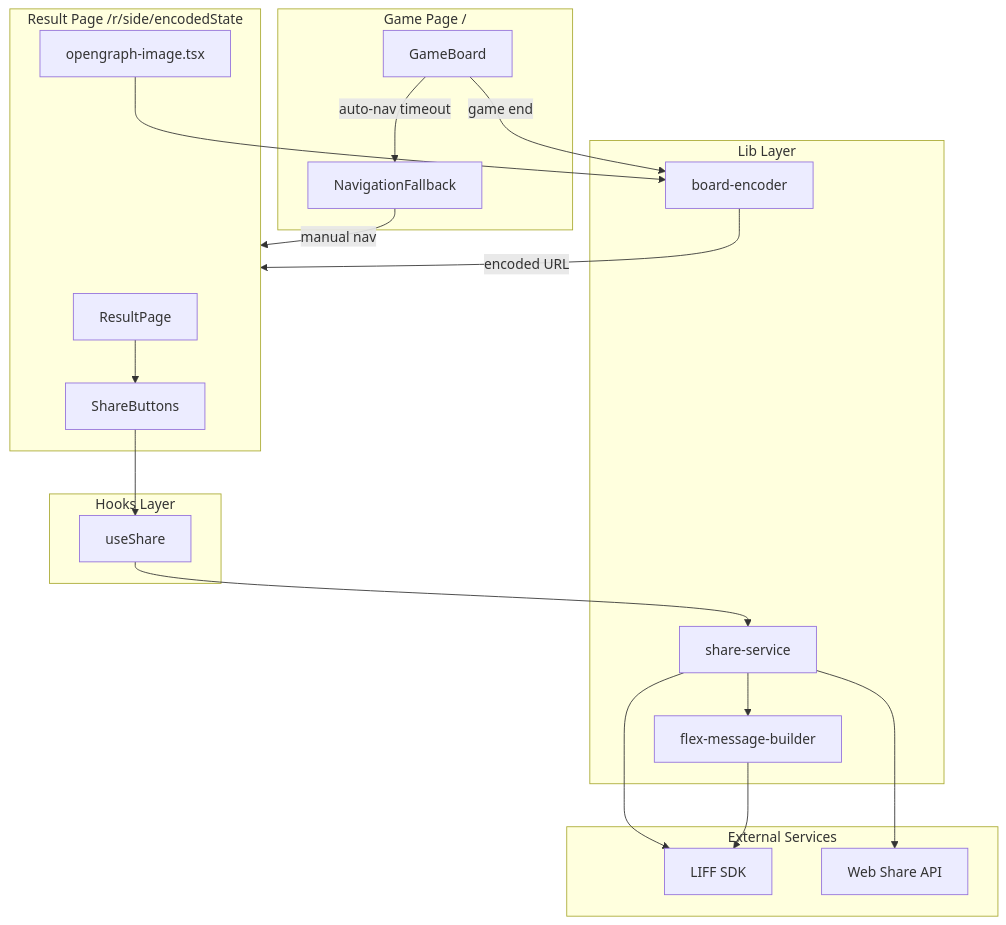
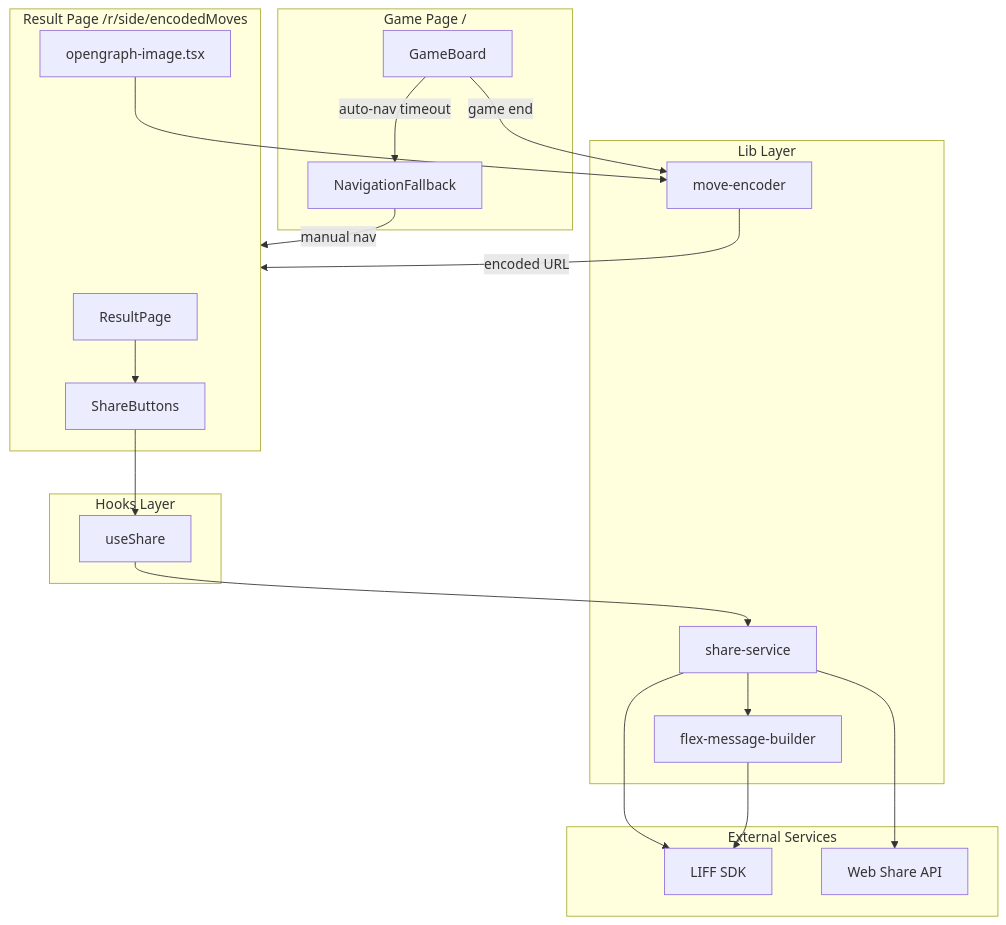
The first of 6 diagrams in .specify/specs/game-result-share-v2/design.md (noriaki/line-miniapp-reversi), drawn with Mermaid before and after one commit. The commit also changed other lines of this file and 3 other files, not shown here.

````diff
--- a/.specify/specs/game-result-share-v2/design.md
+++ b/.specify/specs/game-result-share-v2/design.md
@@ -51,41 +46,41 @@
 ```mermaid
 graph TB
     subgraph GamePage["Game Page /"]
         GB[GameBoard]
         NF[NavigationFallback]
     end
 
-    subgraph ResultPage["Result Page /r/side/encodedState"]
+    subgraph ResultPage["Result Page /r/side/encodedMoves"]
         RP[ResultPage]
         SB[ShareButtons]
         OG[opengraph-image.tsx]
     end
 
     subgraph Lib["Lib Layer"]
-        BE[board-encoder]
+        ME[move-encoder]
         SS[share-service]
         FM[flex-message-builder]
     end
 
     subgraph Hooks["Hooks Layer"]
         US[useShare]
     end
 
     subgraph External["External Services"]
         LIFF[LIFF SDK]
         WSA[Web Share API]
     end
 
-    GB -->|game end| BE
+    GB -->|game end| ME
     GB -->|auto-nav timeout| NF
     NF -->|manual nav| ResultPage
-    BE -->|encoded URL| ResultPage
+    ME -->|encoded URL| ResultPage
     RP --> SB
     SB --> US
     US --> SS
     SS --> LIFF
     SS --> WSA
     SS --> FM
     FM --> LIFF
-    OG --> BE
+    OG --> ME
 ```
````
